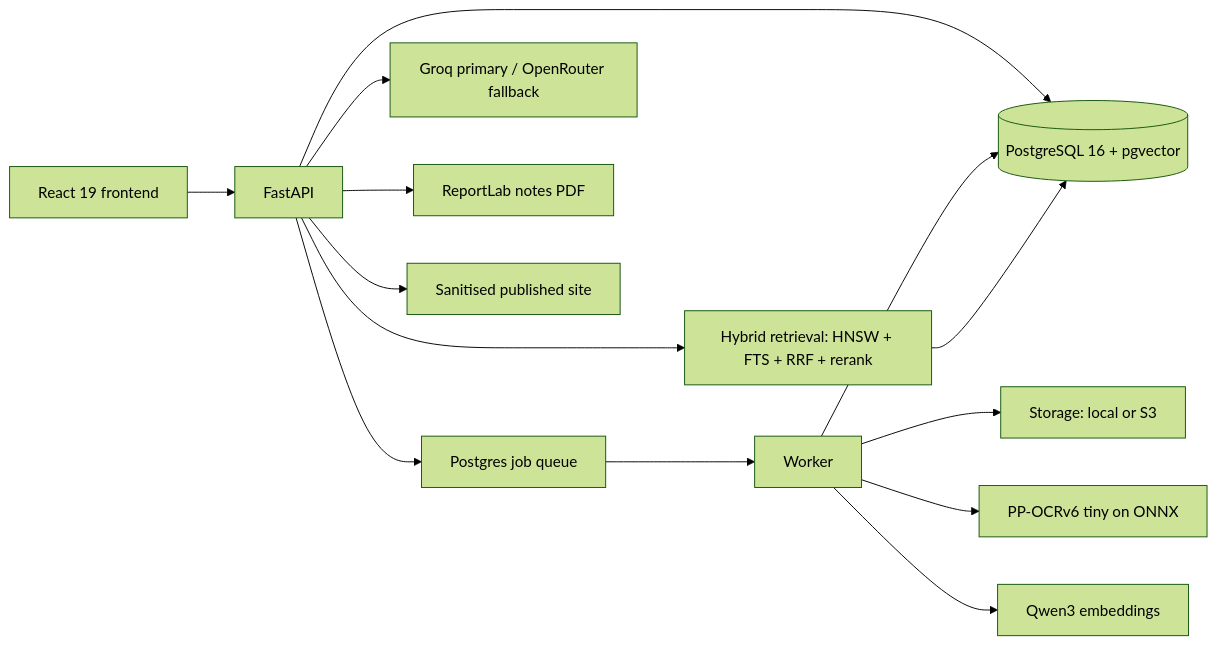
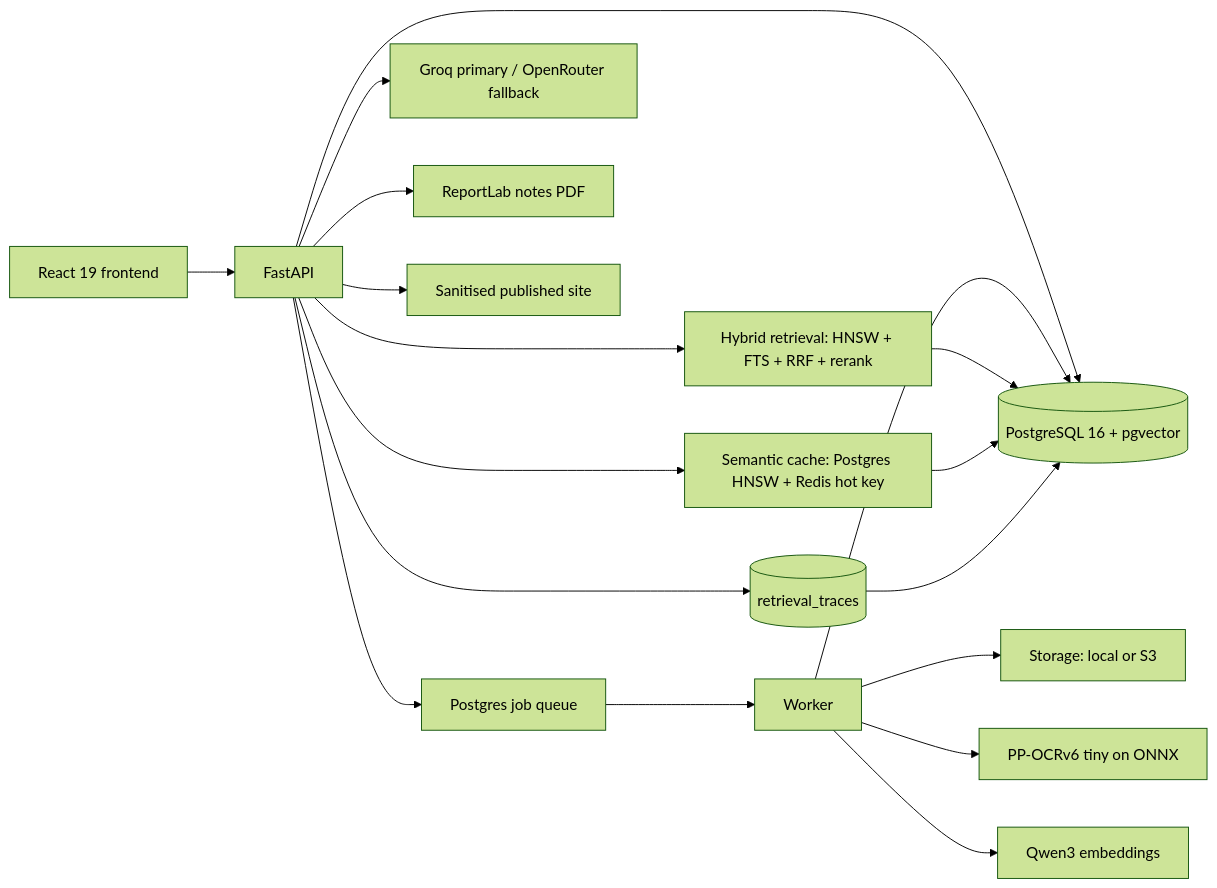
Before and after one commit to ItsAakif/TrashTheTest: the diagram in README.md, drawn with Mermaid (forest theme). The commit also changed other lines of this file and 53 other files, not shown here.

First line of the commit message:
feat(rag): Add hybrid retrieval and semantic caching

````diff
--- a/README.md
+++ b/README.md
@@ -77,16 +84,20 @@
 ```mermaid
 flowchart LR
   UI[React 19 frontend] --> API[FastAPI]
   API --> DB[(PostgreSQL 16 + pgvector)]
   API --> Q[Postgres job queue]
   Q --> W[Worker]
   W --> DB
   W --> S[Storage: local or S3]
   W --> OCR[PP-OCRv6 tiny on ONNX]
   W --> EMB[Qwen3 embeddings]
   API --> RAG[Hybrid retrieval: HNSW + FTS + RRF + rerank]
   RAG --> DB
   API --> LLM[Groq primary / OpenRouter fallback]
   API --> PDF[ReportLab notes PDF]
   API --> PUB[Sanitised published site]
+  API --> SC[Semantic cache: Postgres HNSW + Redis hot key]
+  SC --> DB
+  API --> TR[(retrieval_traces)]
+  TR --> DB
 ```
````
